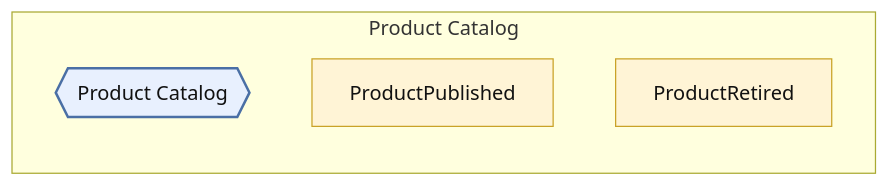
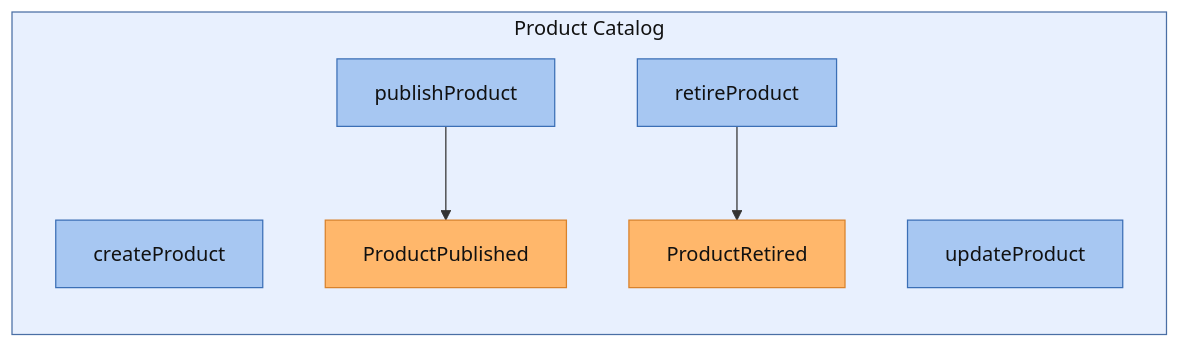
One commit to ZenWave360/dsl-kotlin changed the first of 4 diagrams in dsl-docs/src/commonTest/resources/snapshots/arcadia-modulith/modules/catalog-products.md. Above: the diagram before and after it, drawn with Mermaid. The commit also changed other lines of this file and 13 other files, not shown here.

Commit message:
feat(docs): module pages with EventStorming, aggregates, lifecycle and glossary

````diff
--- a/dsl-docs/src/commonTest/resources/snapshots/arcadia-modulith/modules/catalog-products.md
+++ b/dsl-docs/src/commonTest/resources/snapshots/arcadia-modulith/modules/catalog-products.md
@@ -16,14 +16,22 @@
 ```mermaid
 flowchart LR
-  classDef module fill:#e8f0fe,stroke:#4a6fa5,stroke-width:2px,color:#111
-  classDef event fill:#fff4d6,stroke:#c9a227,color:#111
+  classDef module fill:#e8f0fe,stroke:#4a6fa5,color:#111
+  classDef command fill:#a7c7f2,stroke:#3b6fb6,color:#111
+  classDef event fill:#ffb76b,stroke:#d9822b,color:#111
 
   subgraph sg_CatalogProducts["Product Catalog"]
-    CatalogProducts{{"Product Catalog"}}
-    ProductPublished["ProductPublished"]
-    ProductRetired["ProductRetired"]
+    CatalogProducts__ProductCatalogService__createProduct["createProduct"]
+    CatalogProducts__ProductCatalogService__updateProduct["updateProduct"]
+    CatalogProducts__ProductCatalogService__publishProduct["publishProduct"]
+    CatalogProducts__ProductCatalogService__retireProduct["retireProduct"]
+    CatalogProducts__ProductPublished["ProductPublished"]
+    CatalogProducts__ProductRetired["ProductRetired"]
   end
 
-  class CatalogProducts module
-  class ProductPublished,ProductRetired event
+  class sg_CatalogProducts module
+  class CatalogProducts__ProductCatalogService__createProduct,CatalogProducts__ProductCatalogService__publishProduct,CatalogProducts__ProductCatalogService__retireProduct,CatalogProducts__ProductCatalogService__updateProduct command
+  class CatalogProducts__ProductPublished,CatalogProducts__ProductRetired event
+
+  CatalogProducts__ProductCatalogService__publishProduct --> CatalogProducts__ProductPublished
+  CatalogProducts__ProductCatalogService__retireProduct --> CatalogProducts__ProductRetired
 ```
````
